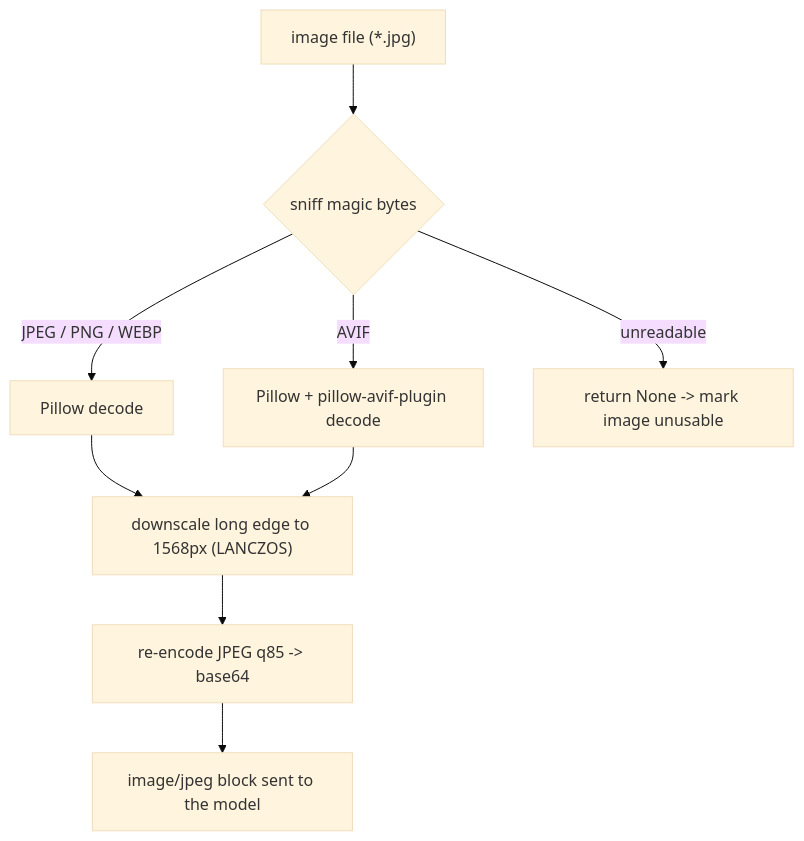
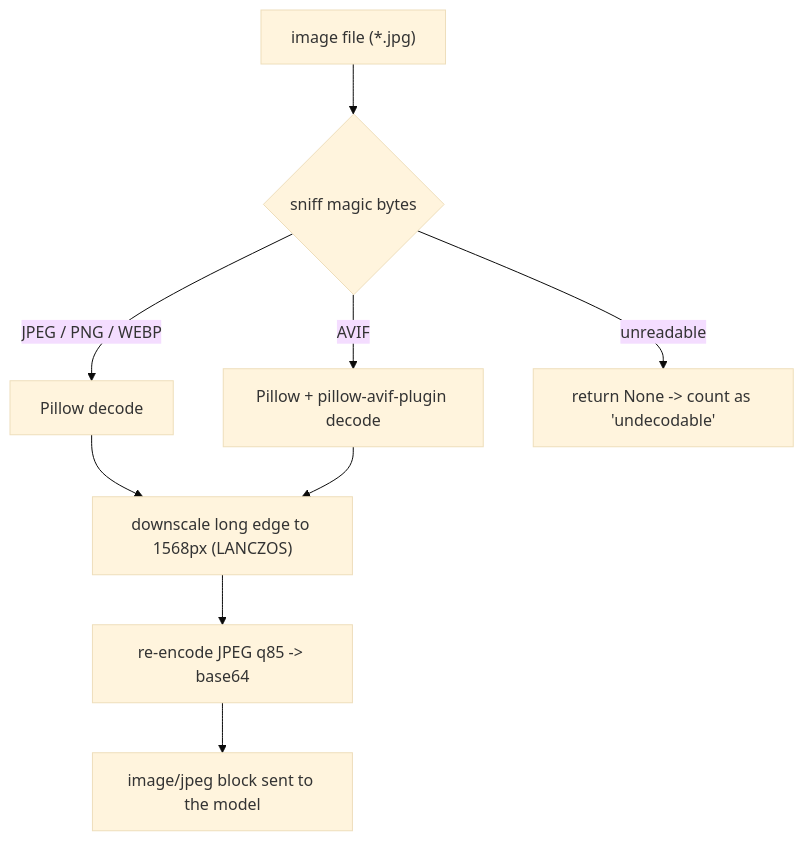
Before and after one commit to vishalp-65/hackerrank-orchestrate-june26: the third of 7 diagrams in code/README.md, drawn with Mermaid (base theme). The commit also changed other lines of this file, not shown here.

````diff
--- a/code/README.md
+++ b/code/README.md
@@ -168,11 +169,11 @@
 ```mermaid
 flowchart TD
     F["image file (*.jpg)"] --> S{"sniff magic bytes"}
     S -->|"JPEG / PNG / WEBP"| D["Pillow decode"]
     S -->|"AVIF"| D2["Pillow + pillow-avif-plugin decode"]
     D --> R["downscale long edge to 1568px (LANCZOS)"]
     D2 --> R
     R --> J["re-encode JPEG q85 -> base64"]
     J --> OUT["image/jpeg block sent to the model"]
-    S -->|"unreadable"| X["return None -> mark image unusable"]
+    S -->|"unreadable"| X["return None -> count as 'undecodable'"]
 ```
````
